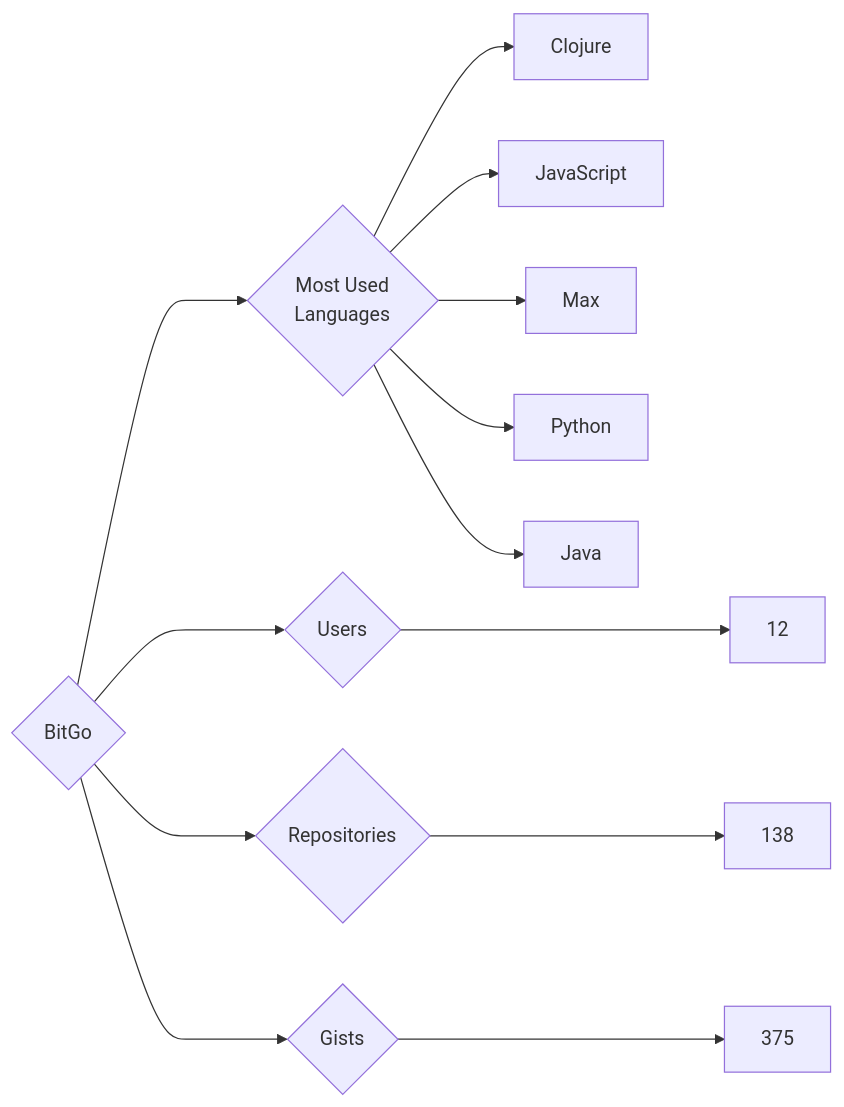
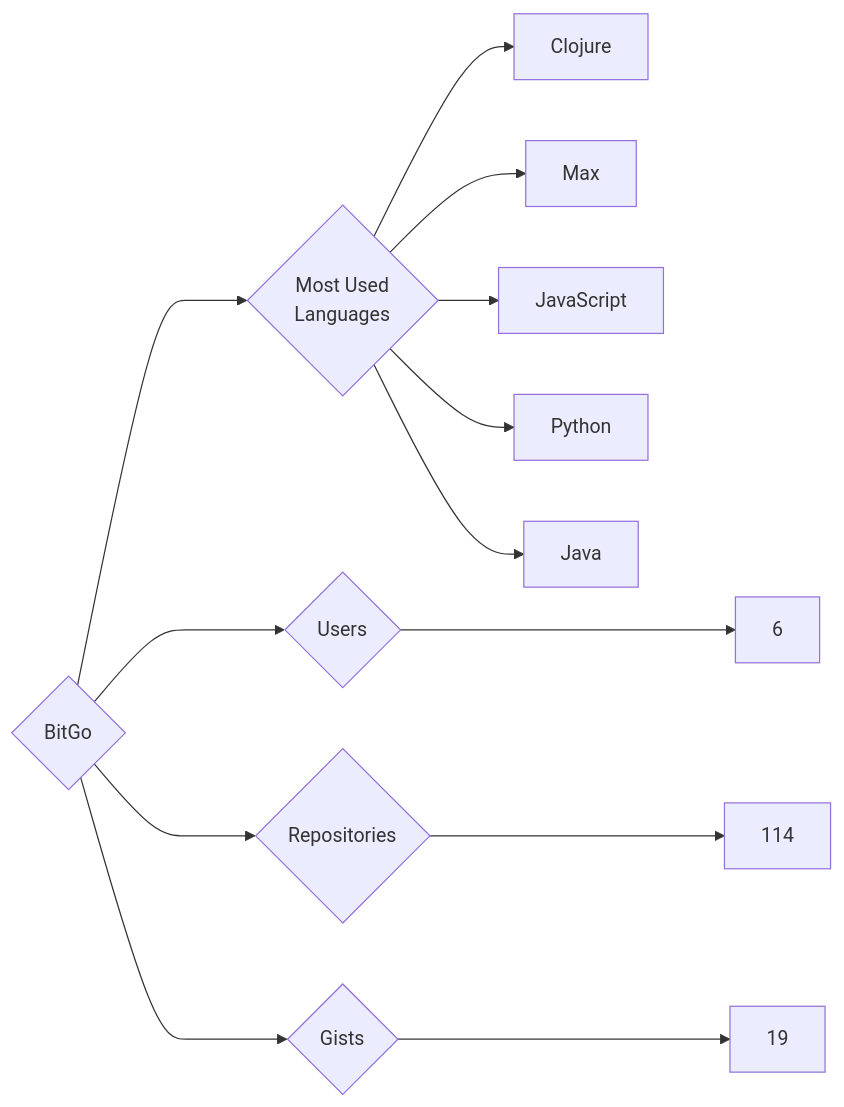
Before and after one commit to trickest/insiders: the diagram in targets/BitGo/README.md, drawn with Mermaid. The commit also changed 857 other files, not shown here.

````diff
--- a/targets/BitGo/README.md
+++ b/targets/BitGo/README.md
@@ -3,13 +3,13 @@
 ```mermaid
 graph LR
 COMPANY_NAME{BitGo}
-COMPANY_NAME ---> U{Users} ---> UN[12]
-COMPANY_NAME ---> R{Repositories} ---> RN[138]
-COMPANY_NAME ---> G{Gists} ---> GN[375]
+COMPANY_NAME ---> U{Users} ---> UN[6]
+COMPANY_NAME ---> R{Repositories} ---> RN[114]
+COMPANY_NAME ---> G{Gists} ---> GN[19]
 COMPANY_NAME ---> ML{Most Used<br>Languages}
 ML --> Clojure[Clojure]
+ML --> Max[Max]
 ML --> JavaScript[JavaScript]
-ML --> Max[Max]
 ML --> Python[Python]
 ML --> Java[Java]
 ```
````
